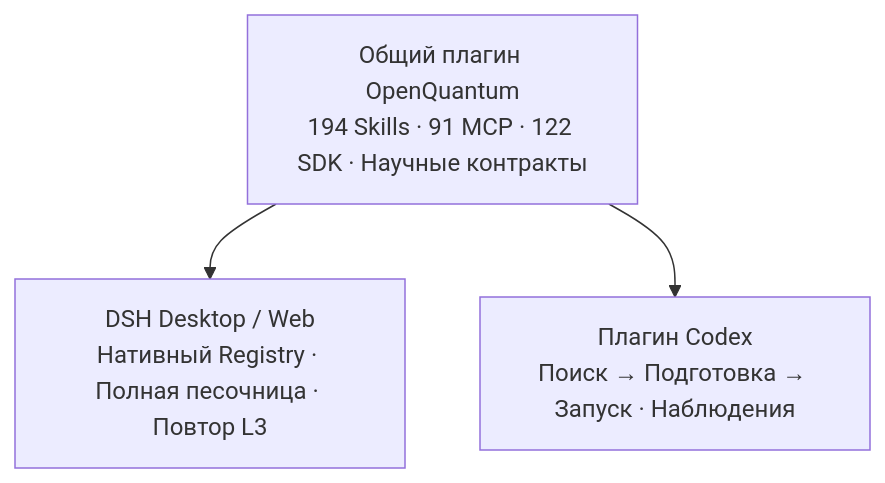
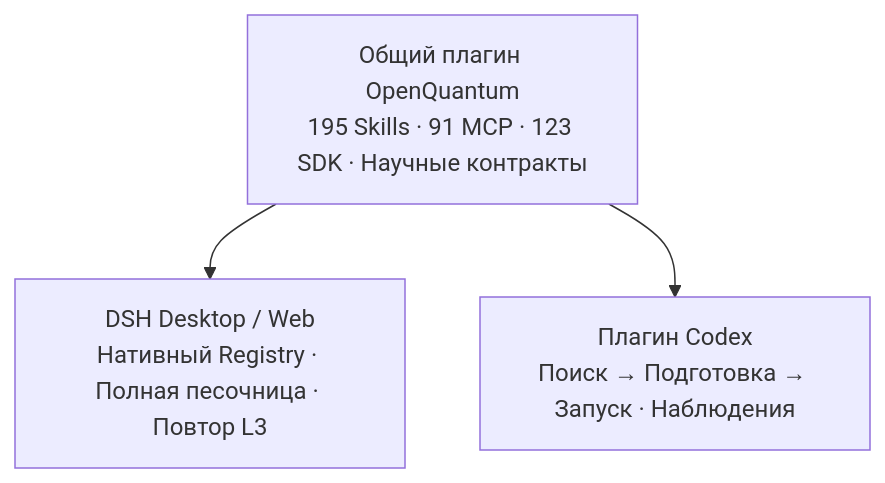
The diagram in docs/readme/README.ru.md (xi-zhao/OpenQuantum), drawn with Mermaid before and after one commit. The commit also changed other lines of this file and 23 other files, not shown here.

````diff
--- a/docs/readme/README.ru.md
+++ b/docs/readme/README.ru.md
@@ -201,6 +202,6 @@
 ```mermaid
 flowchart TB
-  Shared["Общий плагин OpenQuantum<br/>194 Skills · 91 MCP · 122 SDK · Научные контракты"]
+  Shared["Общий плагин OpenQuantum<br/>195 Skills · 91 MCP · 123 SDK · Научные контракты"]
   Shared --> DSH["DSH Desktop / Web<br/>Нативный Registry · Полная песочница · Повтор L3"]
   Shared --> CDX["Плагин Codex<br/>Поиск → Подготовка → Запуск · Наблюдения"]
 ```
````
